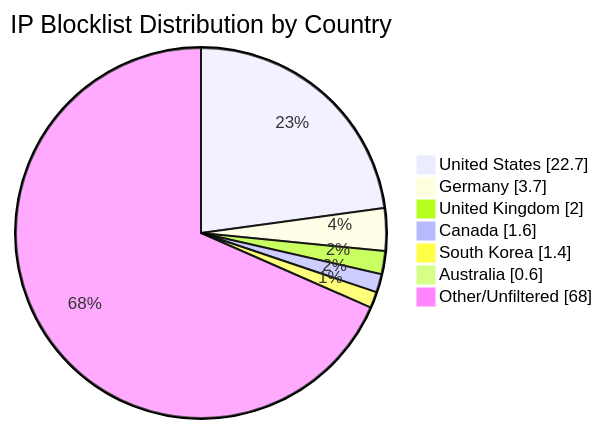
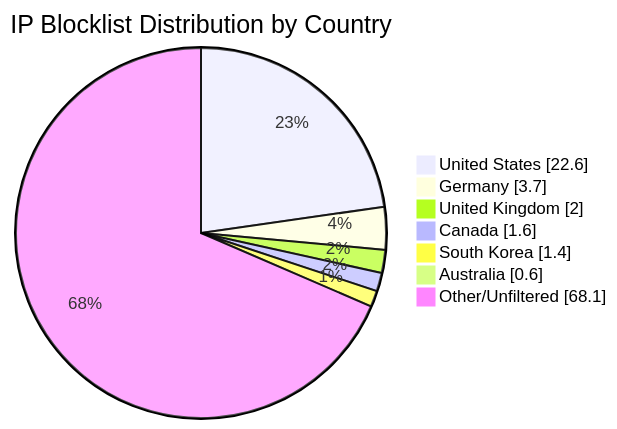
Before and after one commit to MarcusHoltz/ipblocklist-geofiltered-aggregator: the diagram in README.md, drawn with Mermaid. The commit also changed other lines of this file and 9 other files, not shown here.

````diff
--- a/README.md
+++ b/README.md
@@ -34,10 +34,10 @@
 ```mermaid
 pie showData title IP Blocklist Distribution by Country
-"United States" : 22.7
+"United States" : 22.6
 "Germany" : 3.7
 "United Kingdom" : 2.0
 "Canada" : 1.6
 "South Korea" : 1.4
 "Australia" : 0.6
-"Other/Unfiltered" : 68.0
+"Other/Unfiltered" : 68.1
 ```
````
